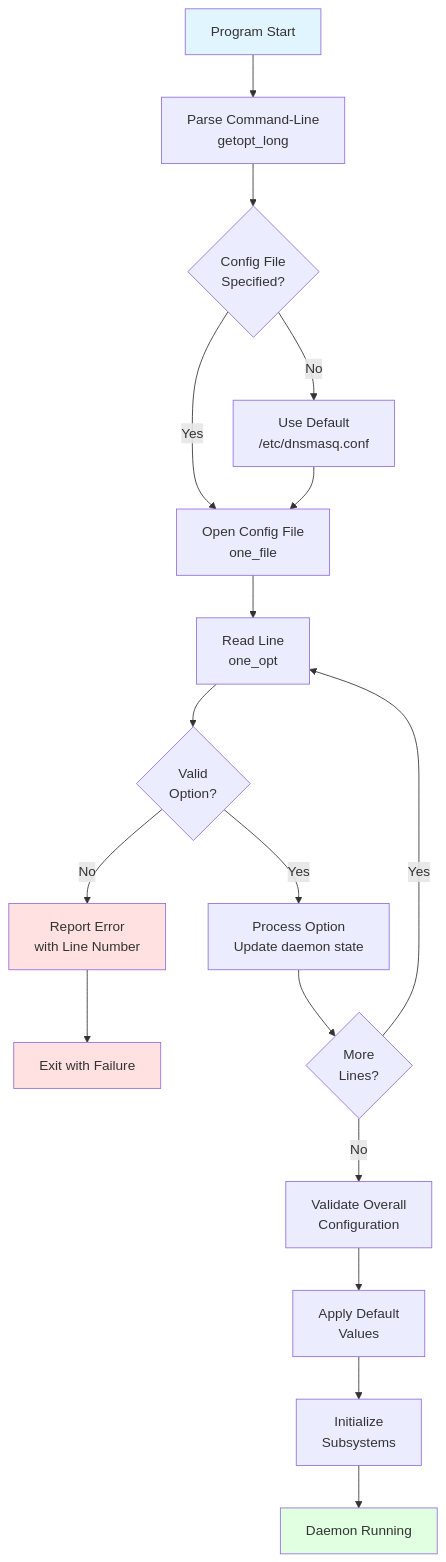
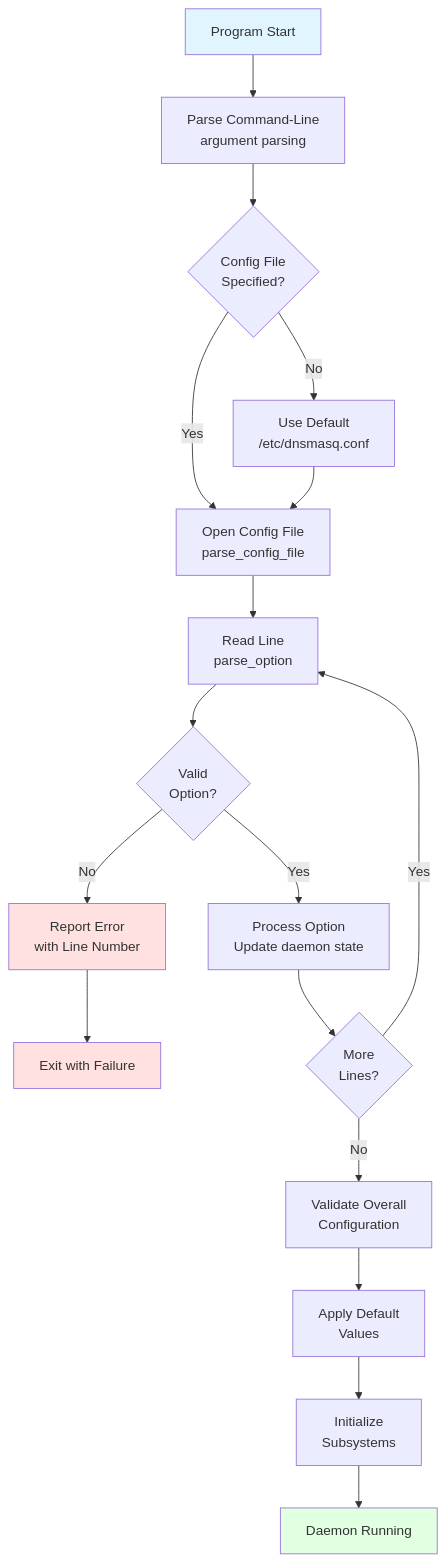
The first of 4 diagrams in docs/CONFIGURATION.md (blitzy-public-samples/blitzy-dnsmasq), drawn with Mermaid before and after one commit. The commit also changed other lines of this file, not shown here.

````diff
--- a/docs/CONFIGURATION.md
+++ b/docs/CONFIGURATION.md
@@ -47,24 +47,24 @@
 ```mermaid
 graph TB
-    Start[Program Start] --> ParseCmdLine[Parse Command-Line<br/>getopt_long]
+    Start[Program Start] --> ParseCmdLine[Parse Command-Line<br/>argument parsing]
     ParseCmdLine --> ReadConfigFile{Config File<br/>Specified?}
-    ReadConfigFile -->|Yes| OpenFile[Open Config File<br/>one_file]
+    ReadConfigFile -->|Yes| OpenFile[Open Config File<br/>parse_config_file]
     ReadConfigFile -->|No| DefaultConfig[Use Default<br/>/etc/dnsmasq.conf]
     DefaultConfig --> OpenFile
-    OpenFile --> ParseLine[Read Line<br/>one_opt]
+    OpenFile --> ParseLine[Read Line<br/>parse_option]
     ParseLine --> ValidateLine{Valid<br/>Option?}
     ValidateLine -->|No| ErrorReport[Report Error<br/>with Line Number]
     ErrorReport --> ExitFail[Exit with Failure]
     ValidateLine -->|Yes| ProcessOpt[Process Option<br/>Update daemon state]
     ProcessOpt --> MoreLines{More<br/>Lines?}
     MoreLines -->|Yes| ParseLine
     MoreLines -->|No| ValidateConfig[Validate Overall<br/>Configuration]
     ValidateConfig --> ApplyDefaults[Apply Default<br/>Values]
     ApplyDefaults --> InitSubsystems[Initialize<br/>Subsystems]
     InitSubsystems --> Running[Daemon Running]
     
     style Start fill:#e1f5ff
     style Running fill:#e1ffe1
     style ErrorReport fill:#ffe1e1
     style ExitFail fill:#ffe1e1
 ```
````
